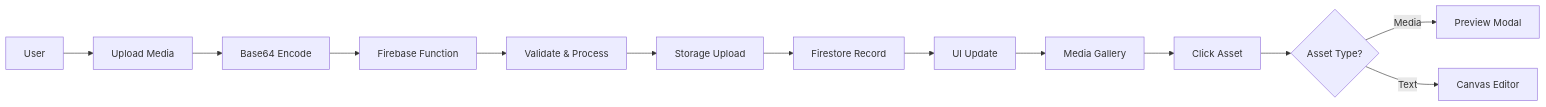
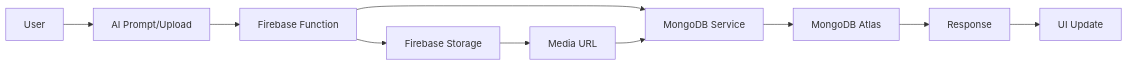
One commit to nishtha-kalra/sia.vision-monorepo changed the diagram in PROJECT_STATUS.md. Above: the diagram before and after it, drawn with Mermaid. The commit also changed other lines of this file and 13 other files, not shown here.

````diff
--- a/PROJECT_STATUS.md
+++ b/PROJECT_STATUS.md
@@ -275,15 +330,13 @@
 ```mermaid
 graph LR
-    A[User] --> B[Upload Media]
-    B --> C[Base64 Encode]
-    C --> D[Firebase Function]
-    D --> E[Validate & Process]
-    E --> F[Storage Upload]
-    F --> G[Firestore Record]
-    G --> H[UI Update]
-    H --> I[Media Gallery]
-    I --> J[Click Asset]
-    J --> K{Asset Type?}
-    K -->|Media| L[Preview Modal]
-    K -->|Text| M[Canvas Editor]
+    A[User] --> B[AI Prompt/Upload]
+    B --> C[Firebase Function]
+    C --> D[MongoDB Service]
+    D --> E[MongoDB Atlas]
+    E --> F[Response]
+    F --> G[UI Update]
+    
+    C --> H[Firebase Storage]
+    H --> I[Media URL]
+    I --> D
 ```
````
